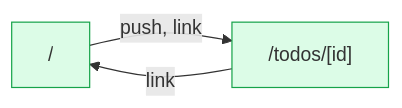
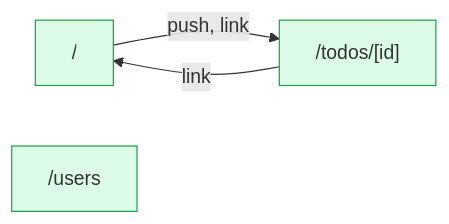
The diagram in packages/exporter/test/golden/react-query/md/README.md (MinaLouisLeon/flow-checker), drawn with Mermaid before and after one commit. The commit also changed other lines of this file and 111 other files, not shown here.

````diff
--- a/packages/exporter/test/golden/react-query/md/README.md
+++ b/packages/exporter/test/golden/react-query/md/README.md
@@ -28,9 +28,10 @@
 ```mermaid
 graph LR
   r0["/"]
   r1["/todos/[id]"]
+  r2["/users"]
   r0 -->|push, link| r1
   r1 -->|link| r0
   classDef verified fill:#dcfce7,stroke:#16a34a
-  class r0,r1 verified
+  class r0,r1,r2 verified
 ```
````
